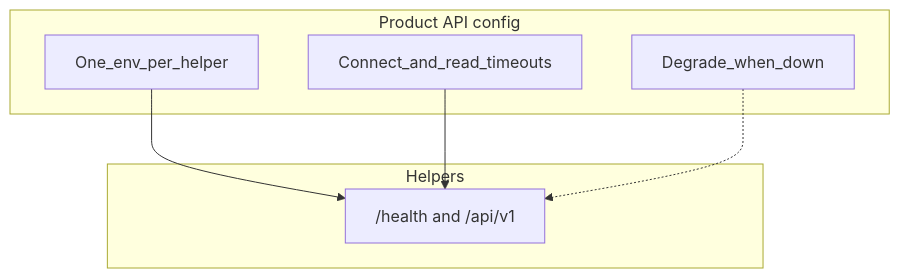
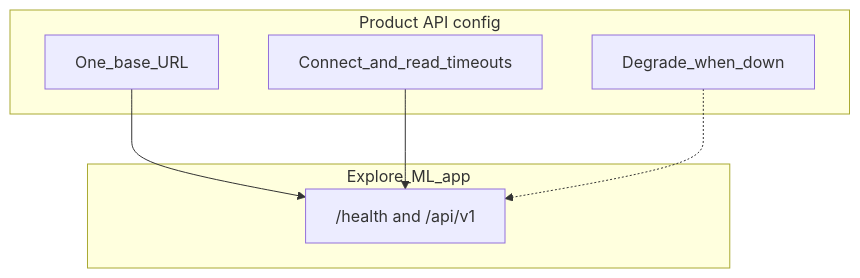
The first of 4 diagrams in docs/user-guide/loopback-integration.md (felixzhu97/explore-ml), drawn with Mermaid before and after one commit. The commit also changed other lines of this file and 22 other files, not shown here.

````diff
--- a/docs/user-guide/loopback-integration.md
+++ b/docs/user-guide/loopback-integration.md
@@ -42,14 +32,14 @@
 ```mermaid
 flowchart TB
   subgraph product [Product API config]
-    Env[One_env_per_helper]
+    Env[One_base_URL]
     Timeout[Connect_and_read_timeouts]
     Fallback[Degrade_when_down]
   end
-  subgraph ml [Helpers]
+  subgraph ml [Explore_ML_app]
     HTTP["/health and /api/v1"]
   end
   Env --> HTTP
   Timeout --> HTTP
   Fallback -.-> HTTP
 ```
````
